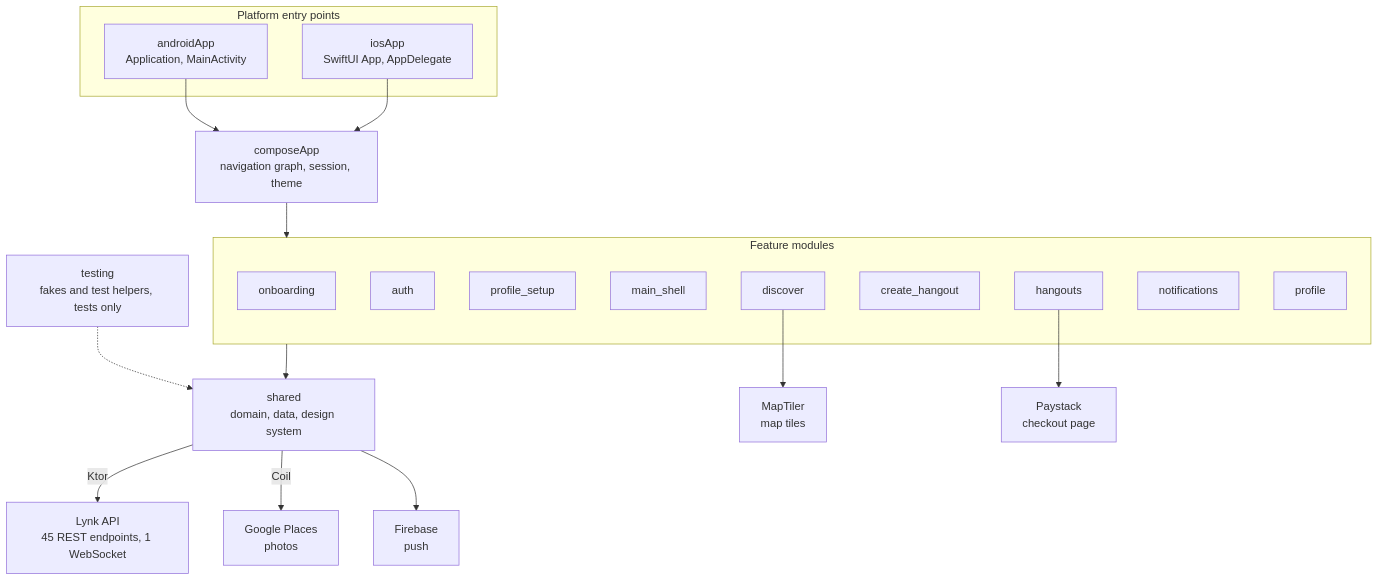
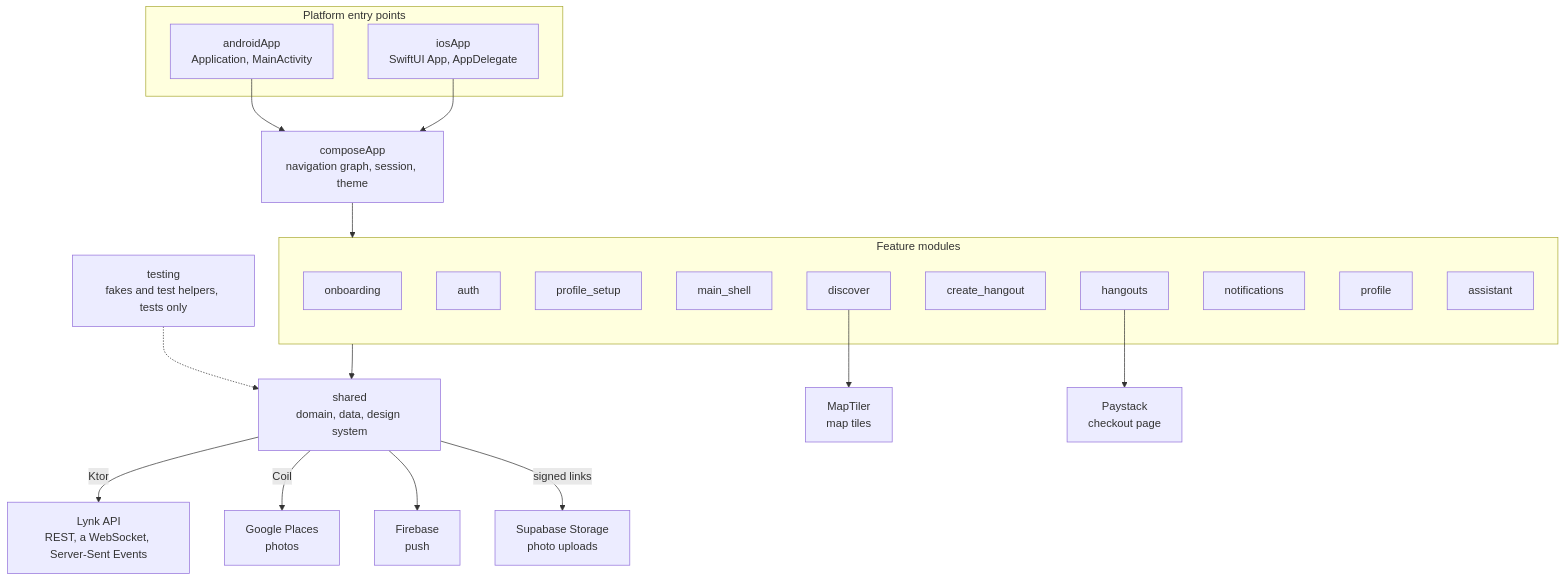
One commit to EEseka/Lynk changed the diagram in README.md. Above: the diagram before and after it, drawn with Mermaid. The commit also changed other lines of this file, not shown here.

Commit message:
docs: Bring the README up to date with Lynk AI and albums, and drop counts that go stale

````diff
--- a/README.md
+++ b/README.md
@@ -39,41 +41,44 @@
 ```mermaid
 flowchart TB
     subgraph apps [Platform entry points]
         ANDROID["androidApp<br/>Application, MainActivity"]
         IOS["iosApp<br/>SwiftUI App, AppDelegate"]
     end
 
     COMPOSE["composeApp<br/>navigation graph, session, theme"]
 
     subgraph features [Feature modules]
         ONB[onboarding]
         AUTH[auth]
         SETUP[profile_setup]
         SHELL[main_shell]
         DISC[discover]
         CREATE[create_hangout]
         HANG[hangouts]
         NOTIF[notifications]
         PROF[profile]
+        AI[assistant]
     end
 
     SHARED["shared<br/>domain, data, design system"]
     TESTING["testing<br/>fakes and test helpers, tests only"]
 
-    API["Lynk API<br/>45 REST endpoints, 1 WebSocket"]
+    API["Lynk API<br/>REST, a WebSocket, Server-Sent Events"]
     GOOGLE["Google Places<br/>photos"]
     MAP["MapTiler<br/>map tiles"]
     PAYSTACK["Paystack<br/>checkout page"]
     FCM["Firebase<br/>push"]
+    STORAGE["Supabase Storage<br/>photo uploads"]
 
     ANDROID --> COMPOSE
     IOS --> COMPOSE
     COMPOSE --> features
     features --> SHARED
     TESTING -.-> SHARED
     SHARED -->|Ktor| API
     SHARED -->|Coil| GOOGLE
     DISC --> MAP
     HANG --> PAYSTACK
     SHARED --> FCM
+    SHARED -->|signed links| STORAGE
 ```
````
